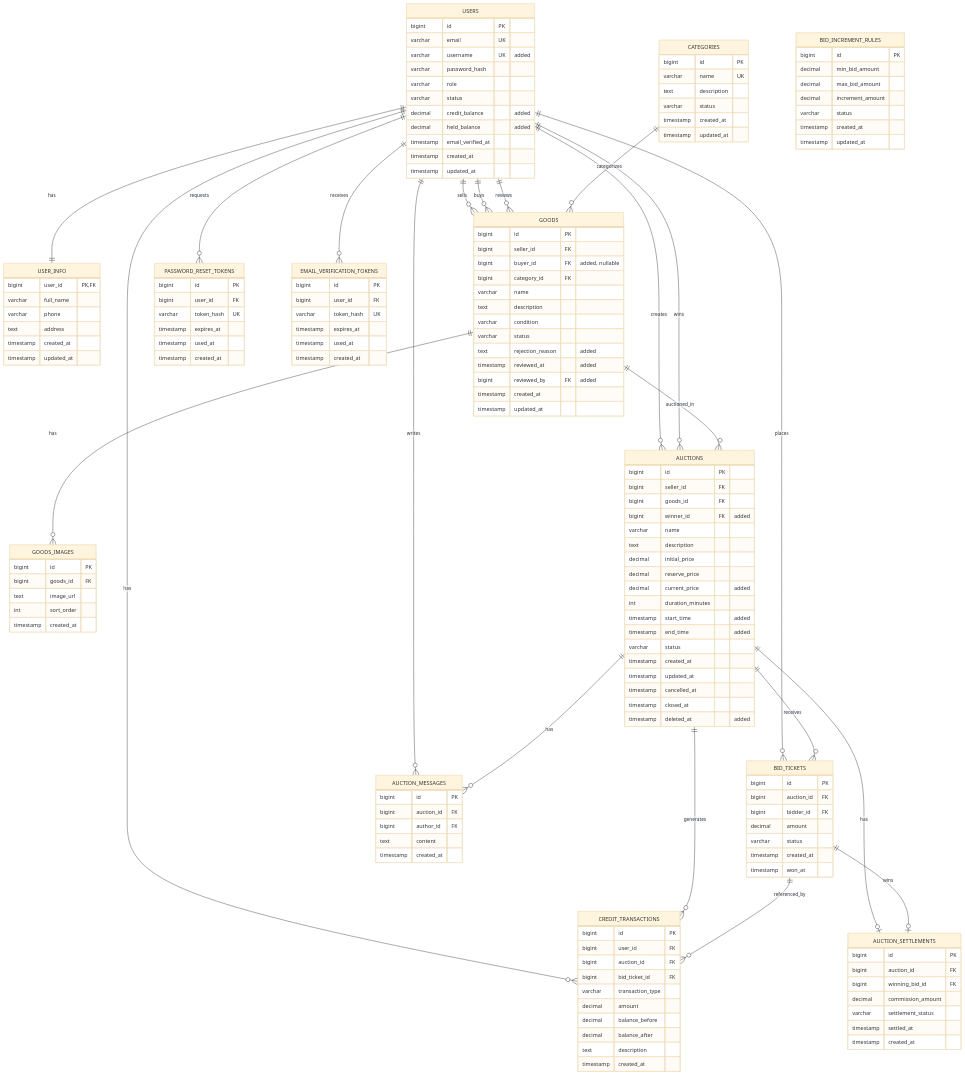
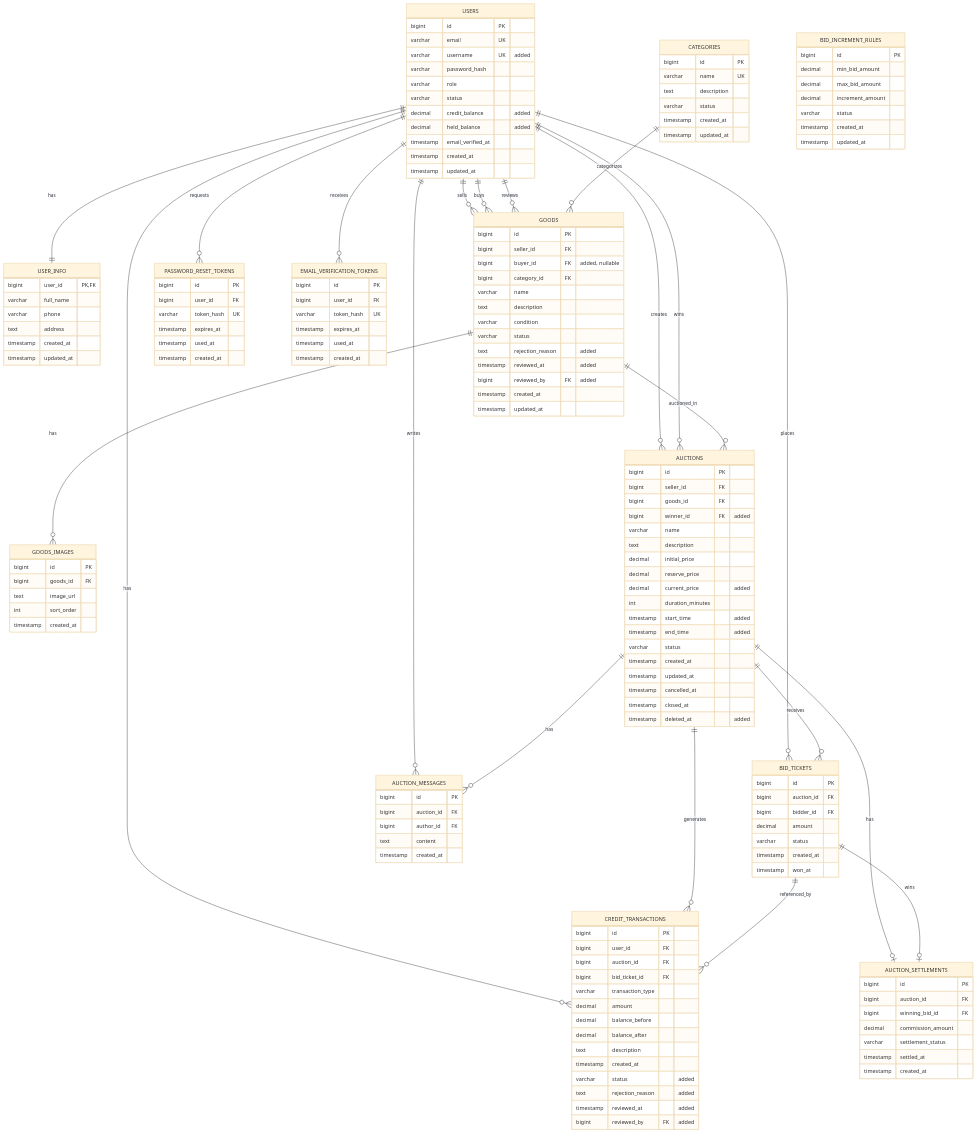
One commit to anhbody2/Auction_system changed the diagram in docs/ERD_edited.md. Above: the diagram before and after it, drawn with Mermaid (base theme). The commit also changed other lines of this file and 42 other files, not shown here.

```diff
--- a/docs/ERD_edited.md
+++ b/docs/ERD_edited.md
@@ -134,6 +136,10 @@
         decimal balance_after
         text description
         timestamp created_at
+        varchar status "added"
+        text rejection_reason "added"
+        timestamp reviewed_at "added"
+        bigint reviewed_by FK "added"
     }
 
     AUCTION_SETTLEMENTS {
```
